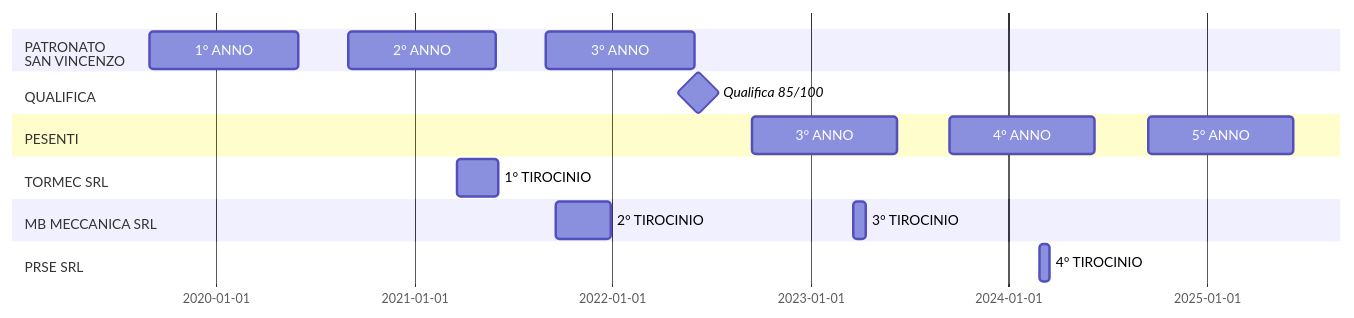
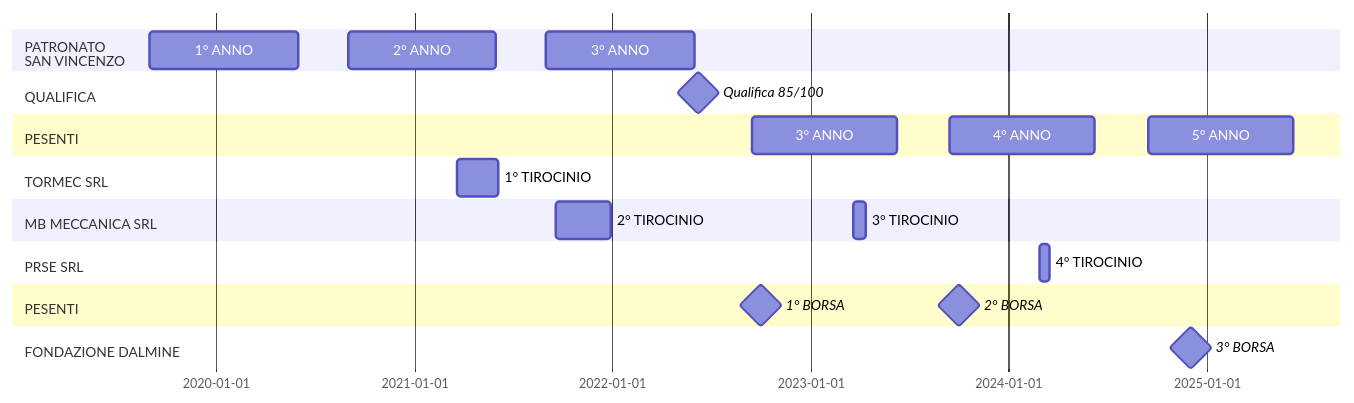
Before and after one commit to Laaouatni/PTCO-esame-MERMAID: the diagram in PTCO.md, drawn with Mermaid.

````diff
--- a/PTCO.md
+++ b/PTCO.md
@@ -1,32 +1,39 @@
 ```mermaid
 ---
 displayMode: compact
 ---
 %%{init: { 'gantt': {'leftPadding': 110, 'barHeight': 30} } }%%
 gantt
     dateFormat  DD-MM-YYYY
 
     section PATRONATO<BR>SAN VINCENZO
         1° ANNO: 01-09-2019,31-05-2020
         2° ANNO: 01-09-2020,31-05-2021
         3° ANNO: 01-09-2021,31-05-2022
 
     section QUALIFICA
         Qualifica 85/100 :milestone, 15-06-2022
 
     section PESENTI
         3° ANNO: 14-09-2022,08-06-2023
         4° ANNO: 14-09-2023,08-06-2024
         5° ANNO: 14-09-2024,08-06-2025
 
     section TORMEC SRL
         1° TIROCINIO: 21-03-2021,04-06-2021
 
     section MB MECCANICA SRL
         2° TIROCINIO: 19-09-2021,29-12-2021
         3° TIROCINIO: 20-03-2023,13-04-2023
 
     section PRSE SRL
         4° TIROCINIO: 26-02-2024,15-03-2024
 
+    section PESENTI 
+        1° BORSA: milestone, 01-10-2022,1d
+        2° BORSA: milestone, 01-10-2023,1d
+
+    section FONDAZIONE DALMINE
+        3° BORSA: milestone, 01-12-2024,1d
+
 ```
````
